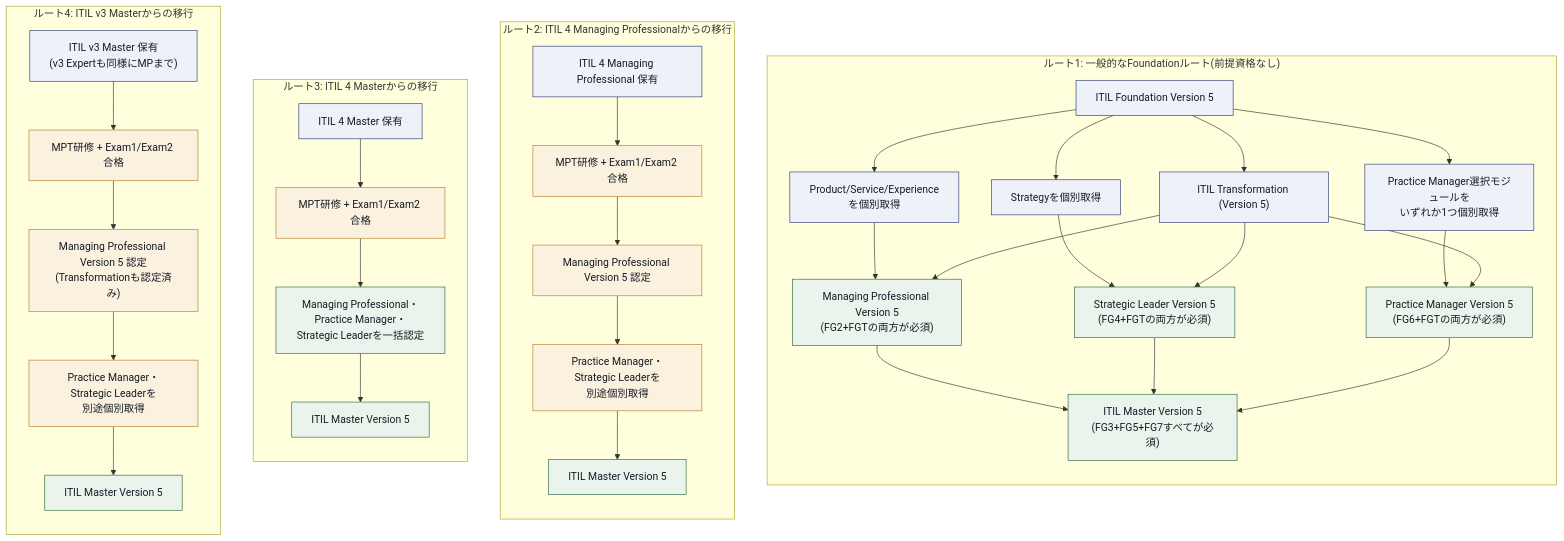
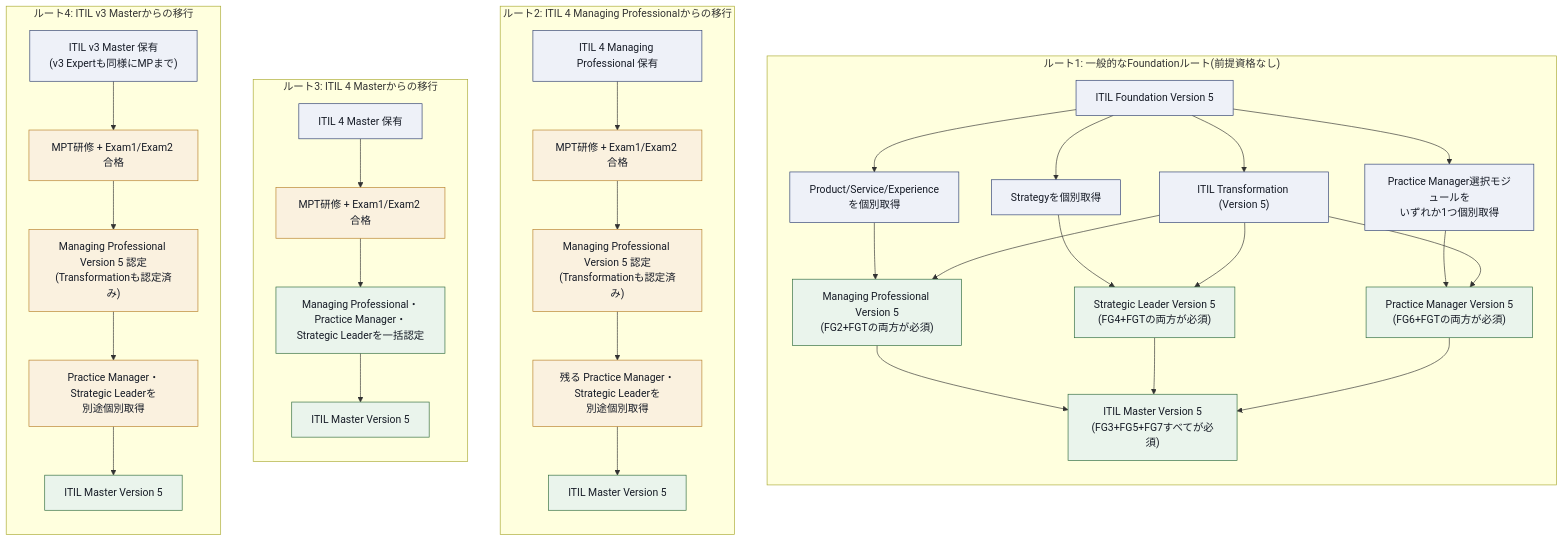
The first of 9 diagrams in Itil-managing-professional-transition-v5-guide.md (myoshi2891/Management-Team-Building-Studies), drawn with Mermaid before and after one commit. The commit also changed other lines of this file and 1 other file, not shown here.

Commit message:
docs(itil): clarify transformation module coverage for ITIL 4 MP transition route

````diff
--- a/Itil-managing-professional-transition-v5-guide.md
+++ b/Itil-managing-professional-transition-v5-guide.md
@@ -45,49 +45,49 @@
 ```mermaid
 flowchart TB
     subgraph RouteGeneral["ルート1: 一般的なFoundationルート(前提資格なし)"]
         direction TB
         FG["ITIL Foundation Version 5"] --> FG2["Product/Service/Experienceを個別取得"]
         FG2 --> FG3["Managing Professional Version 5<br/>(FG2+FGTの両方が必須)"]
         FG --> FG4["Strategyを個別取得"]
         FG4 --> FG5["Strategic Leader Version 5<br/>(FG4+FGTの両方が必須)"]
         FG --> FG6["Practice Manager選択モジュールを<br/>いずれか1つ個別取得"]
         FG6 --> FG7["Practice Manager Version 5<br/>(FG6+FGTの両方が必須)"]
         FG --> FGT["ITIL Transformation (Version 5)"]
         FGT --> FG3
         FGT --> FG5
         FGT --> FG7
         FG3 --> FG8["ITIL Master Version 5<br/>(FG3+FG5+FG7すべてが必須)"]
         FG5 --> FG8
         FG7 --> FG8
     end
 
     subgraph Route4MP["ルート2: ITIL 4 Managing Professionalからの移行"]
         direction TB
         MP4["ITIL 4 Managing Professional 保有"] --> MPT4MP["MPT研修 + Exam1/Exam2 合格"]
-        MPT4MP --> MP4R["Managing Professional Version 5 認定"]
-        MP4R --> MP4S["Practice Manager・Strategic Leaderを<br/>別途個別取得"]
+        MPT4MP --> MP4R["Managing Professional Version 5 認定<br/>(Transformationも認定済み)"]
+        MP4R --> MP4S["残る Practice Manager・Strategic Leaderを<br/>別途個別取得"]
         MP4S --> MP4M["ITIL Master Version 5"]
     end
 
     subgraph Route4["ルート3: ITIL 4 Masterからの移行"]
         direction TB
         M4["ITIL 4 Master 保有"] --> MPT4["MPT研修 + Exam1/Exam2 合格"]
         MPT4 --> M4R["Managing Professional・Practice Manager・<br/>Strategic Leaderを一括認定"]
         M4R --> M4M["ITIL Master Version 5"]
     end
 
     subgraph RouteV3["ルート4: ITIL v3 Masterからの移行"]
         direction TB
         M3["ITIL v3 Master 保有<br/>(v3 Expertも同様にMPまで)"] --> MPT3["MPT研修 + Exam1/Exam2 合格"]
         MPT3 --> M3R["Managing Professional Version 5 認定<br/>(Transformationも認定済み)"]
         M3R --> M3S["Practice Manager・Strategic Leaderを<br/>別途個別取得"]
         M3S --> M3M["ITIL Master Version 5"]
     end
 
     classDef box fill:#EEF1F8,stroke:#2E3F72,color:#161B26
     classDef hub fill:#FAF1DF,stroke:#B8802A,color:#161B26
     classDef done fill:#EAF4EC,stroke:#2F6B3D,color:#161B26
     class FG,FG2,FG4,FG6,FGT,MP4,M4,M3 box
     class MPT4MP,MP4R,MP4S,MPT4,MPT3,M3R,M3S hub
     class FG3,FG5,FG7,FG8,MP4M,M4R,M4M,M3M done
 ```
````
